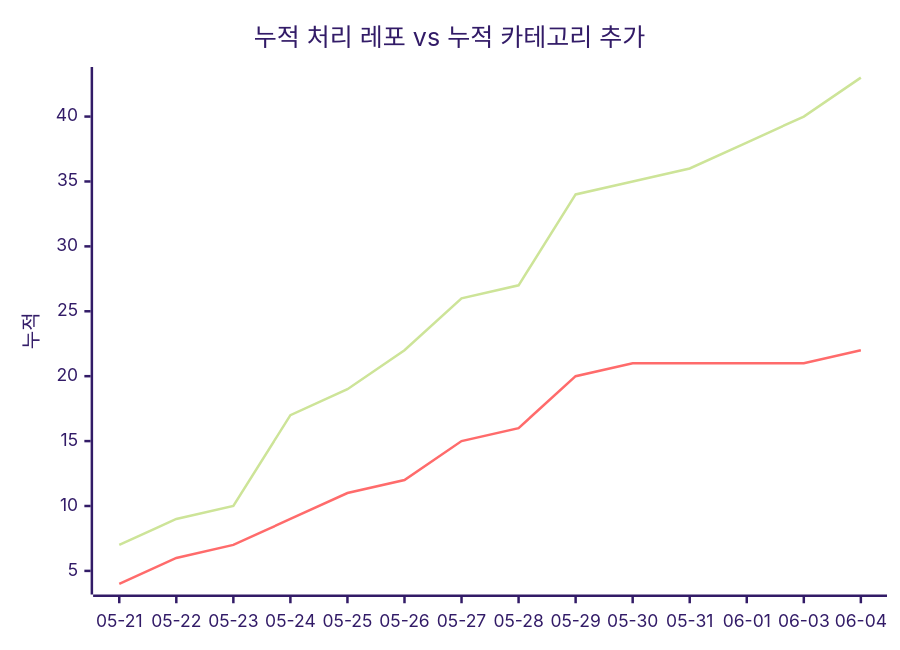
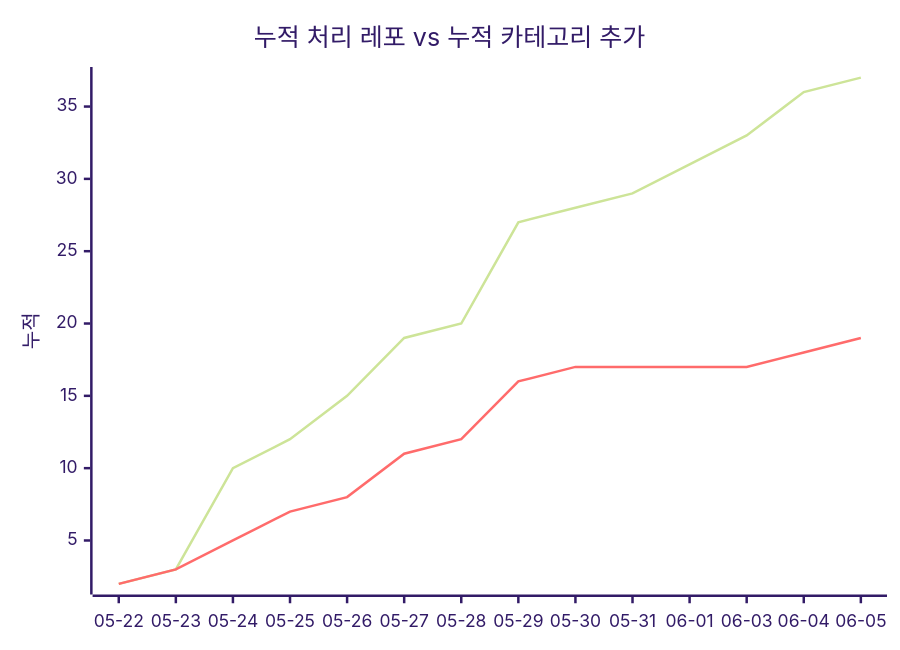
Before and after one commit to J-nowcow/awesome-korean-agent-skills: the second of 2 diagrams in docs/trends.md, drawn with Mermaid (forest theme). The commit also changed other lines of this file and 3 other files, not shown here.

````diff
--- a/docs/trends.md
+++ b/docs/trends.md
@@ -68,8 +68,8 @@
 ```mermaid
 xychart-beta
     title "누적 처리 레포 vs 누적 카테고리 추가"
-    x-axis ["05-21","05-22","05-23","05-24","05-25","05-26","05-27","05-28","05-29","05-30","05-31","06-01","06-03","06-04"]
+    x-axis ["05-22","05-23","05-24","05-25","05-26","05-27","05-28","05-29","05-30","05-31","06-01","06-03","06-04","06-05"]
     y-axis "누적"
-    line [7,9,10,17,19,22,26,27,34,35,36,38,40,43]
-    line [4,6,7,9,11,12,15,16,20,21,21,21,21,22]
+    line [2,3,10,12,15,19,20,27,28,29,31,33,36,37]
+    line [2,3,5,7,8,11,12,16,17,17,17,17,18,19]
 ```
````
